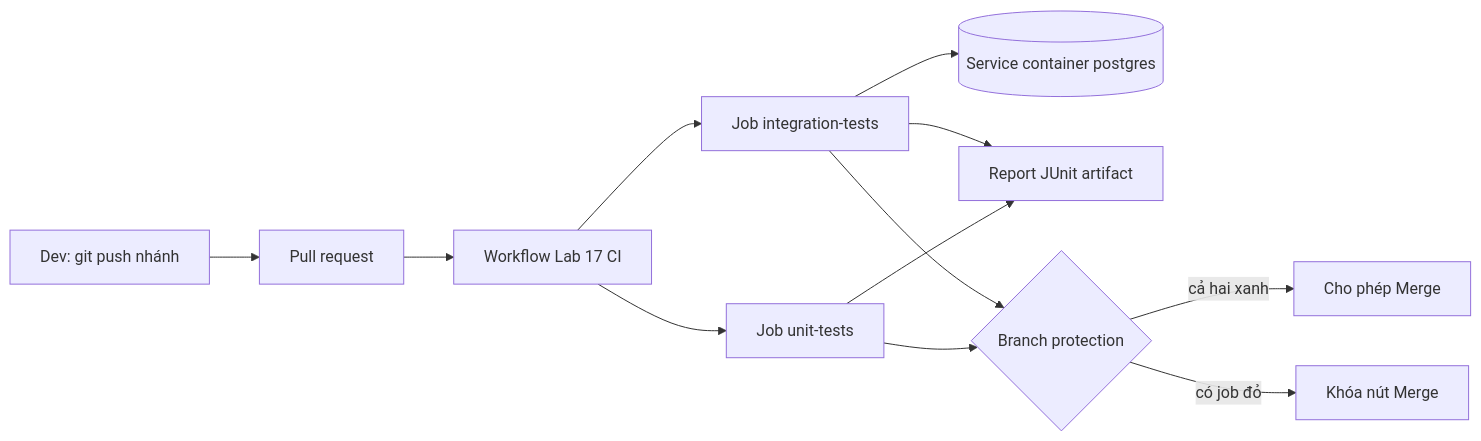
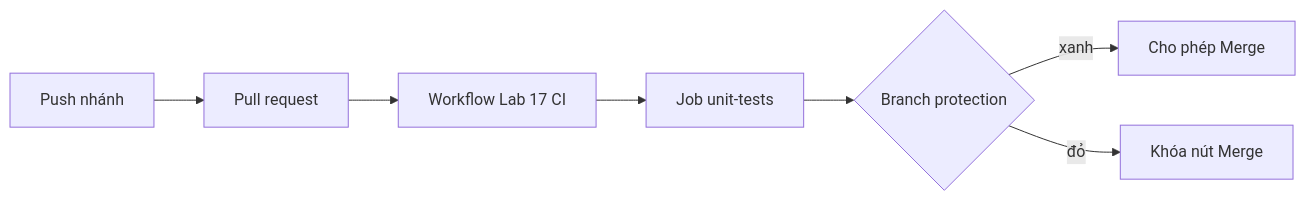
Before and after one commit to TienNHM/devops-course: the diagram in labs/week-09/session-17.md, drawn with Mermaid. The commit also changed other lines of this file and 266 other files, not shown here.

````diff
--- a/labs/week-09/session-17.md
+++ b/labs/week-09/session-17.md
@@ -82,14 +52,9 @@
 ```mermaid
 flowchart LR
-  Dev["Dev: git push nhánh"] --> PR["Pull request"]
+  Dev["Push nhánh"] --> PR["Pull request"]
   PR --> WF["Workflow Lab 17 CI"]
   WF --> U["Job unit-tests"]
-  WF --> I["Job integration-tests"]
-  I --> PG[("Service container postgres")]
-  U --> R["Report JUnit artifact"]
-  I --> R
   U --> G{"Branch protection"}
-  I --> G
-  G -->|"cả hai xanh"| M["Cho phép Merge"]
-  G -->|"có job đỏ"| B["Khóa nút Merge"]
+  G -->|"xanh"| M["Cho phép Merge"]
+  G -->|"đỏ"| B["Khóa nút Merge"]
 ```
````
